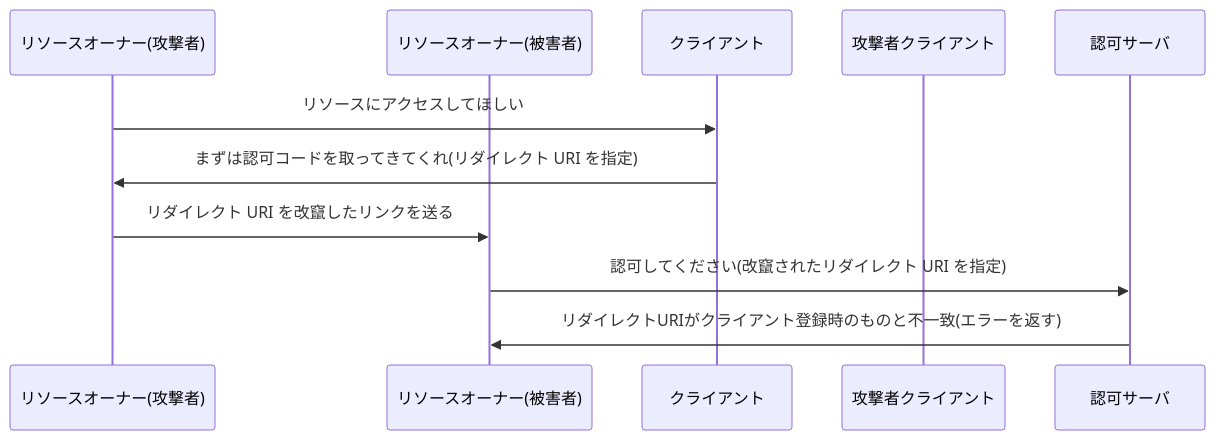
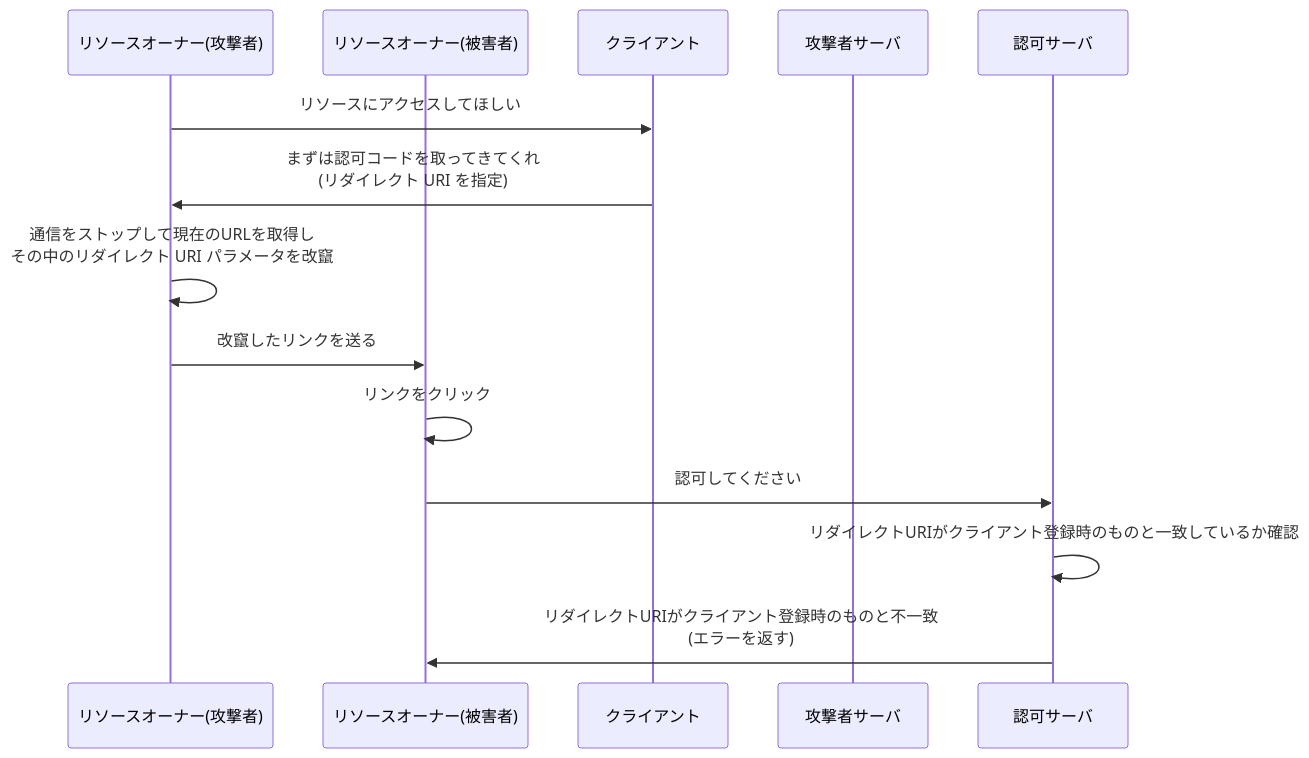
The fifth of 20 diagrams in articles/5e8da6c491e720.md (calloc134/zenn-dir), drawn with Mermaid before and after one commit. The commit also changed other lines of this file, not shown here.

````diff
--- a/articles/5e8da6c491e720.md
+++ b/articles/5e8da6c491e720.md
@@ -859,14 +864,17 @@
 ```mermaid
 sequenceDiagram
     participant リソースオーナー(攻撃者)
     participant リソースオーナー(被害者)
     participant クライアント
-    participant 攻撃者クライアント
+    participant 攻撃者サーバ
     participant 認可サーバ
 
     リソースオーナー(攻撃者)->>クライアント: リソースにアクセスしてほしい
-    クライアント->>リソースオーナー(攻撃者): まずは認可コードを取ってきてくれ(リダイレクト URI を指定)
-    リソースオーナー(攻撃者)->>リソースオーナー(被害者): リダイレクト URI を改竄したリンクを送る
-    リソースオーナー(被害者)->>認可サーバ: 認可してください(改竄されたリダイレクト URI を指定)
-    認可サーバ->>リソースオーナー(被害者): リダイレクトURIがクライアント登録時のものと不一致(エラーを返す)
+    クライアント->>リソースオーナー(攻撃者): まずは認可コードを取ってきてくれ<br>(リダイレクト URI を指定)
+    リソースオーナー(攻撃者)->>リソースオーナー(攻撃者): 通信をストップして現在のURLを取得し<br>その中のリダイレクト URI パラメータを改竄
+    リソースオーナー(攻撃者)->>リソースオーナー(被害者): 改竄したリンクを送る
+    リソースオーナー(被害者)->>リソースオーナー(被害者): リンクをクリック
+    リソースオーナー(被害者)->>認可サーバ: 認可してください
+    認可サーバ->>認可サーバ: リダイレクトURIがクライアント登録時のものと一致しているか確認
+    認可サーバ->>リソースオーナー(被害者): リダイレクトURIがクライアント登録時のものと不一致<br>(エラーを返す)
 ```
````
